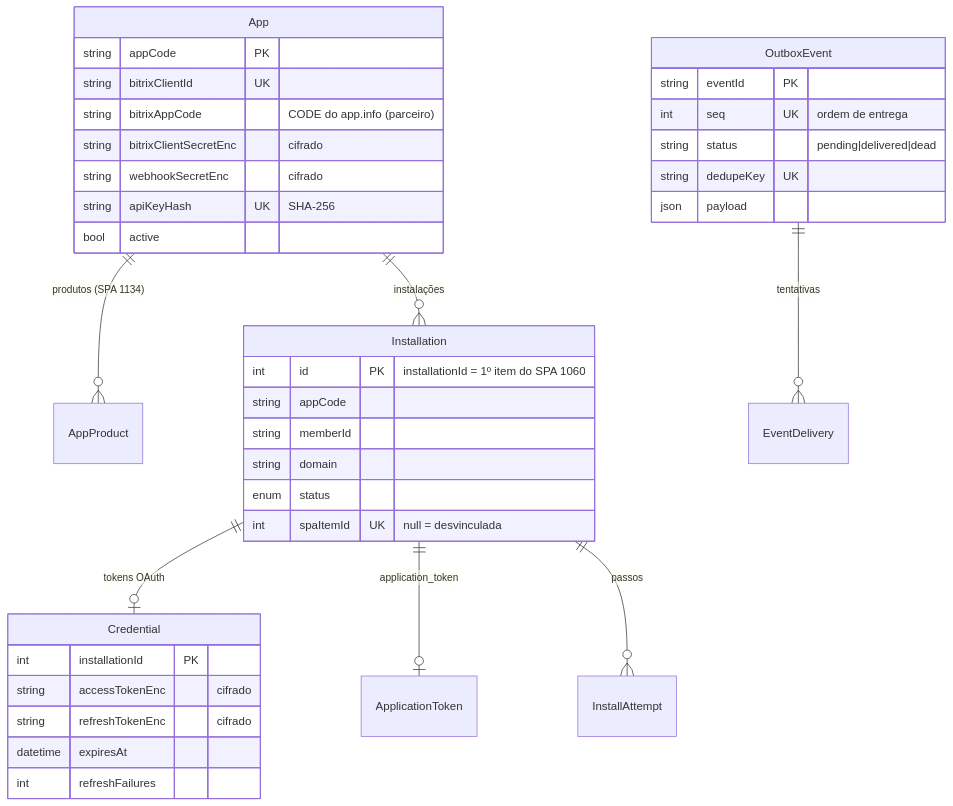
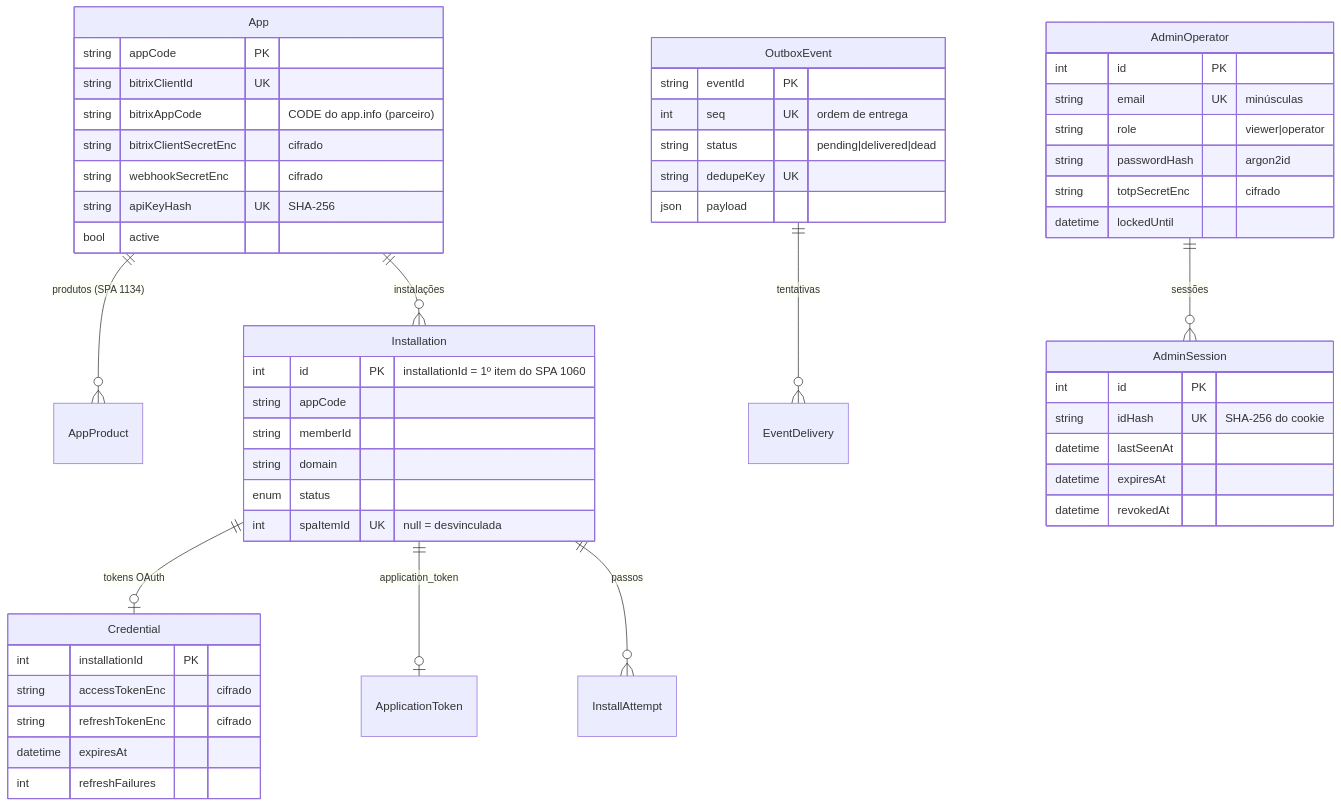
The diagram in docs/technical/data-model.md (CRMThink-Sources/crmthink-platform), drawn with Mermaid before and after one commit. The commit also changed other lines of this file and 66 other files, not shown here.

````diff
--- a/docs/technical/data-model.md
+++ b/docs/technical/data-model.md
@@ -12,41 +12,57 @@
 ```mermaid
 erDiagram
   App ||--o{ AppProduct : "produtos (SPA 1134)"
   App ||--o{ Installation : "instalações"
   Installation ||--o| Credential : "tokens OAuth"
   Installation ||--o| ApplicationToken : "application_token"
   Installation ||--o{ InstallAttempt : "passos"
   OutboxEvent ||--o{ EventDelivery : "tentativas"
+  AdminOperator ||--o{ AdminSession : "sessões"
 
   App {
     string appCode PK
     string bitrixClientId UK
     string bitrixAppCode "CODE do app.info (parceiro)"
     string bitrixClientSecretEnc "cifrado"
     string webhookSecretEnc "cifrado"
     string apiKeyHash UK "SHA-256"
     bool active
   }
   Installation {
     int id PK "installationId = 1º item do SPA 1060"
     string appCode
     string memberId
     string domain
     enum status
     int spaItemId UK "null = desvinculada"
   }
   Credential {
     int installationId PK
     string accessTokenEnc "cifrado"
     string refreshTokenEnc "cifrado"
     datetime expiresAt
     int refreshFailures
   }
   OutboxEvent {
     string eventId PK
     int seq UK "ordem de entrega"
     string status "pending|delivered|dead"
     string dedupeKey UK
     json payload
   }
+  AdminOperator {
+    int id PK
+    string email UK "minúsculas"
+    string role "viewer|operator"
+    string passwordHash "argon2id"
+    string totpSecretEnc "cifrado"
+    datetime lockedUntil
+  }
+  AdminSession {
+    int id PK
+    string idHash UK "SHA-256 do cookie"
+    datetime lastSeenAt
+    datetime expiresAt
+    datetime revokedAt
+  }
 ```
````
